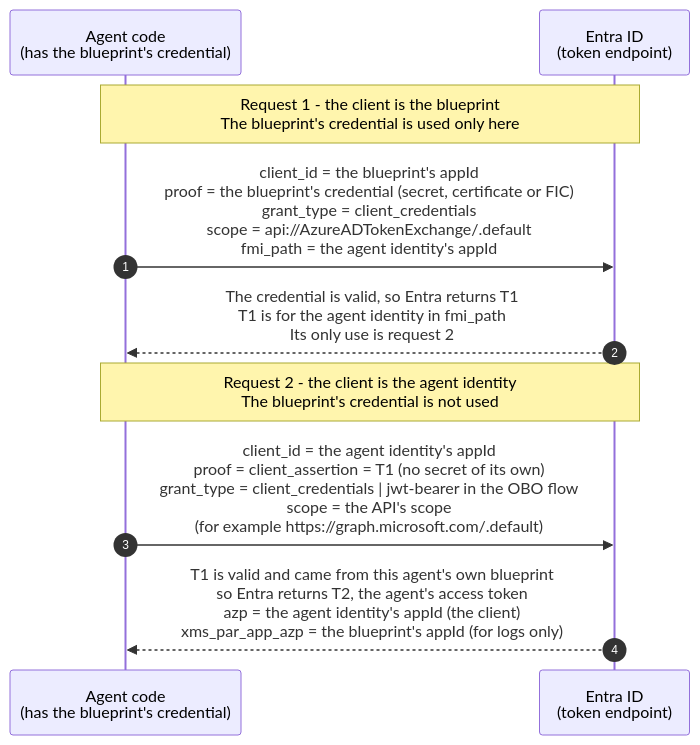
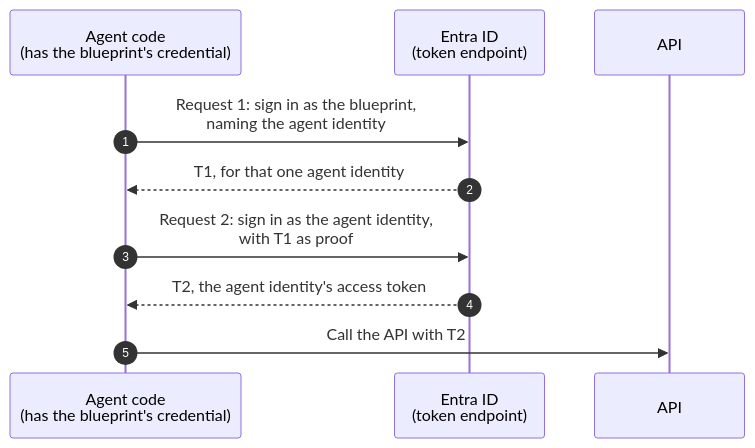
Before and after one commit to alireza-mpr/agent-steward: the second of 2 diagrams in docs/agent-id.md, drawn with Mermaid. The commit also changed other lines of this file, not shown here.

Commit message:
docs(agent-id): restructure into four parts with one concept each, process separated from data

````diff
--- a/docs/agent-id.md
+++ b/docs/agent-id.md
@@ -139,14 +122,13 @@
 ```mermaid
 sequenceDiagram
     autonumber
     participant Code as Agent code<br/>(has the blueprint's credential)
     participant Entra as Entra ID<br/>(token endpoint)
+    participant API as API
 
-    Note over Code,Entra: Request 1 - the client is the blueprint<br/>The blueprint's credential is used only here
-    Code->>Entra: client_id = the blueprint's appId<br/>proof = the blueprint's credential (secret, certificate or FIC)<br/>grant_type = client_credentials<br/>scope = api://AzureADTokenExchange/.default<br/>fmi_path = the agent identity's appId
-    Entra-->>Code: The credential is valid, so Entra returns T1<br/>T1 is for the agent identity in fmi_path<br/>Its only use is request 2
-
-    Note over Code,Entra: Request 2 - the client is the agent identity<br/>The blueprint's credential is not used
-    Code->>Entra: client_id = the agent identity's appId<br/>proof = client_assertion = T1 (no secret of its own)<br/>grant_type = client_credentials | jwt-bearer in the OBO flow<br/>scope = the API's scope<br/>(for example https://graph.microsoft.com/.default)
-    Entra-->>Code: T1 is valid and came from this agent's own blueprint<br/>so Entra returns T2, the agent's access token<br/>azp = the agent identity's appId (the client)<br/>xms_par_app_azp = the blueprint's appId (for logs only)
+    Code->>Entra: Request 1: sign in as the blueprint,<br/>naming the agent identity
+    Entra-->>Code: T1, for that one agent identity
+    Code->>Entra: Request 2: sign in as the agent identity,<br/>with T1 as proof
+    Entra-->>Code: T2, the agent identity's access token
+    Code->>API: Call the API with T2
 ```
````
